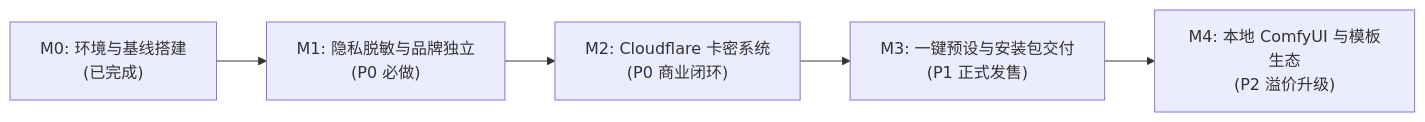
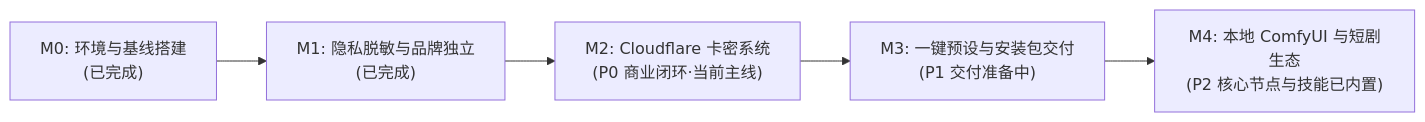
Before and after one commit to jiang225638/DramaAi: the diagram in requirement-doc/03_任务进度与里程碑.md, drawn with Mermaid. The commit also changed other lines of this file and 1 other file, not shown here.

````diff
--- a/requirement-doc/03_任务进度与里程碑.md
+++ b/requirement-doc/03_任务进度与里程碑.md
@@ -12,7 +12,7 @@
 ```mermaid
 flowchart LR
-    M0["M0: 环境与基线搭建<br/>(已完成)"] --> M1["M1: 隐私脱敏与品牌独立<br/>(P0 必做)"]
-    M1 --> M2["M2: Cloudflare 卡密系统<br/>(P0 商业闭环)"]
-    M2 --> M3["M3: 一键预设与安装包交付<br/>(P1 正式发售)"]
-    M3 --> M4["M4: 本地 ComfyUI 与模板生态<br/>(P2 溢价升级)"]
+    M0["M0: 环境与基线搭建<br/>(已完成)"] --> M1["M1: 隐私脱敏与品牌独立<br/>(已完成)"]
+    M1 --> M2["M2: Cloudflare 卡密系统<br/>(P0 商业闭环·当前主线)"]
+    M2 --> M3["M3: 一键预设与安装包交付<br/>(P1 交付准备中)"]
+    M3 --> M4["M4: 本地 ComfyUI 与短剧生态<br/>(P2 核心节点与技能已内置)"]
 ```
````
